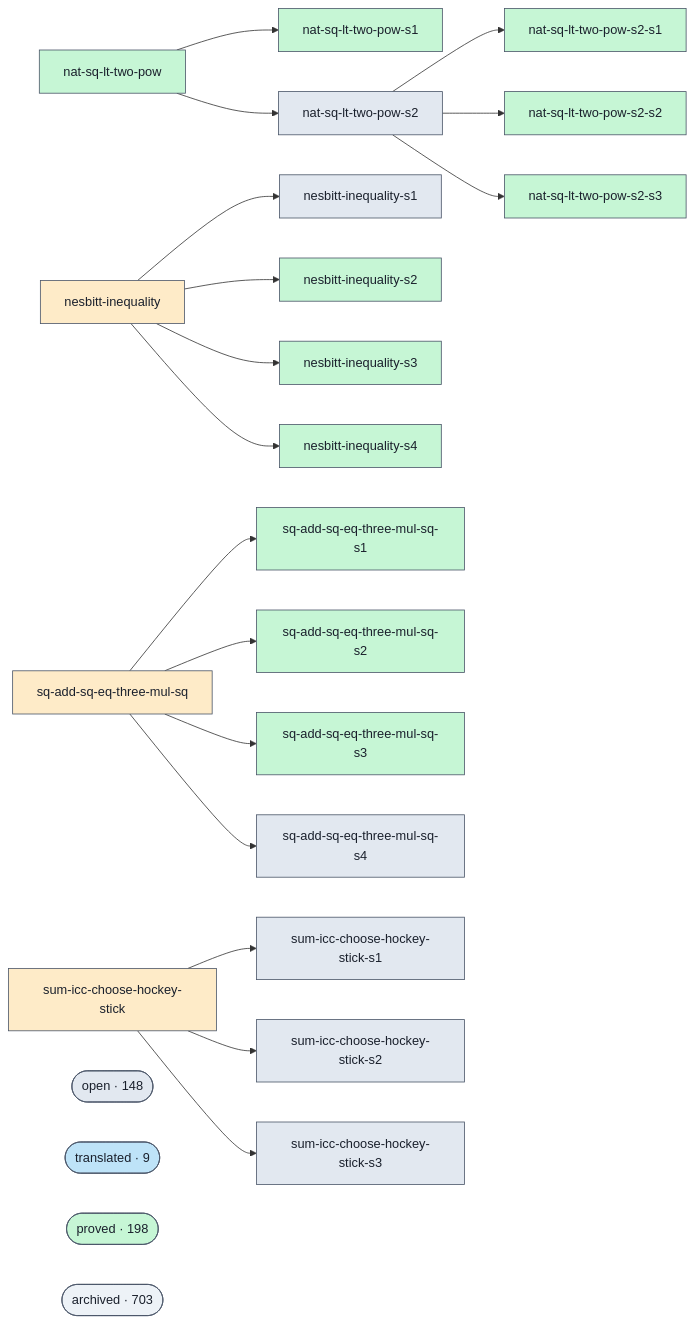
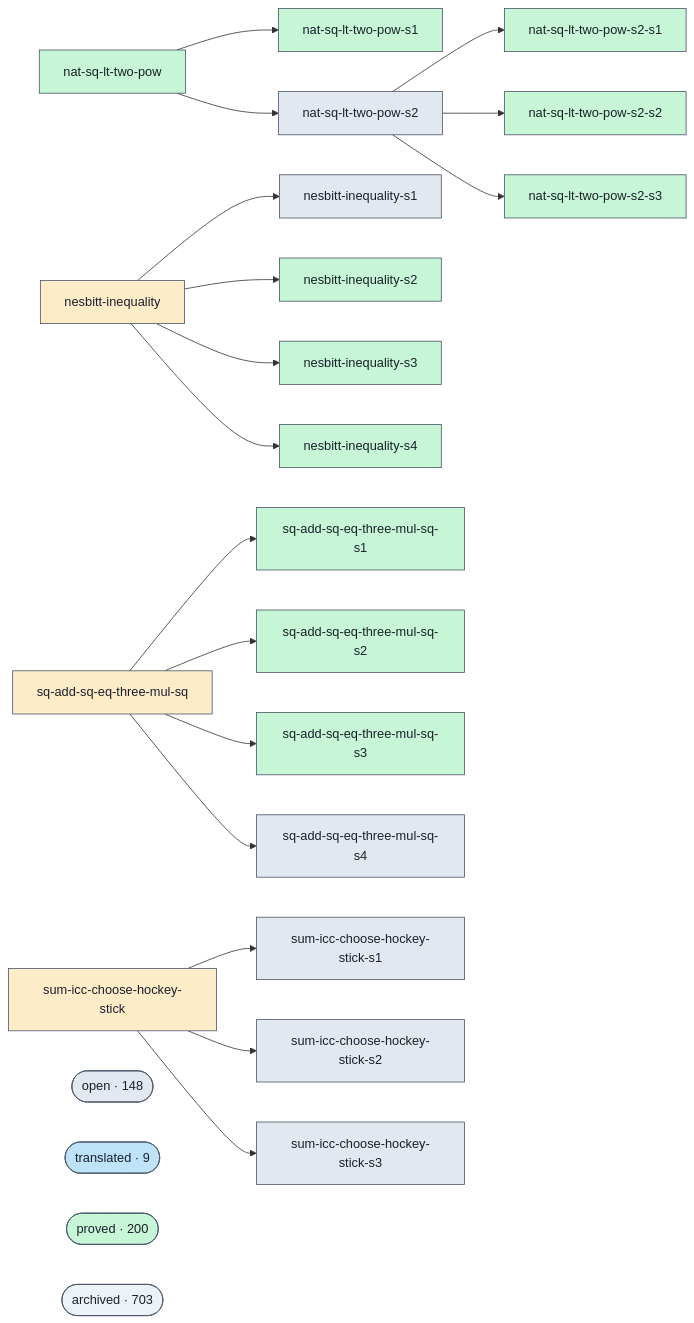
The diagram in docs/proofs-contributors-visualisation.md (ohdearquant/unsorry), drawn with Mermaid before and after one commit. The commit also changed other lines of this file and 2 other files, not shown here.

```diff
--- a/docs/proofs-contributors-visualisation.md
+++ b/docs/proofs-contributors-visualisation.md
@@ -102,7 +102,7 @@
   class cluster_open open;
   cluster_translated(["translated · 9"])
   class cluster_translated translated;
-  cluster_proved(["proved · 198"])
+  cluster_proved(["proved · 200"])
   class cluster_proved proved;
   cluster_archived(["archived · 703"])
   class cluster_archived unknown;
```
